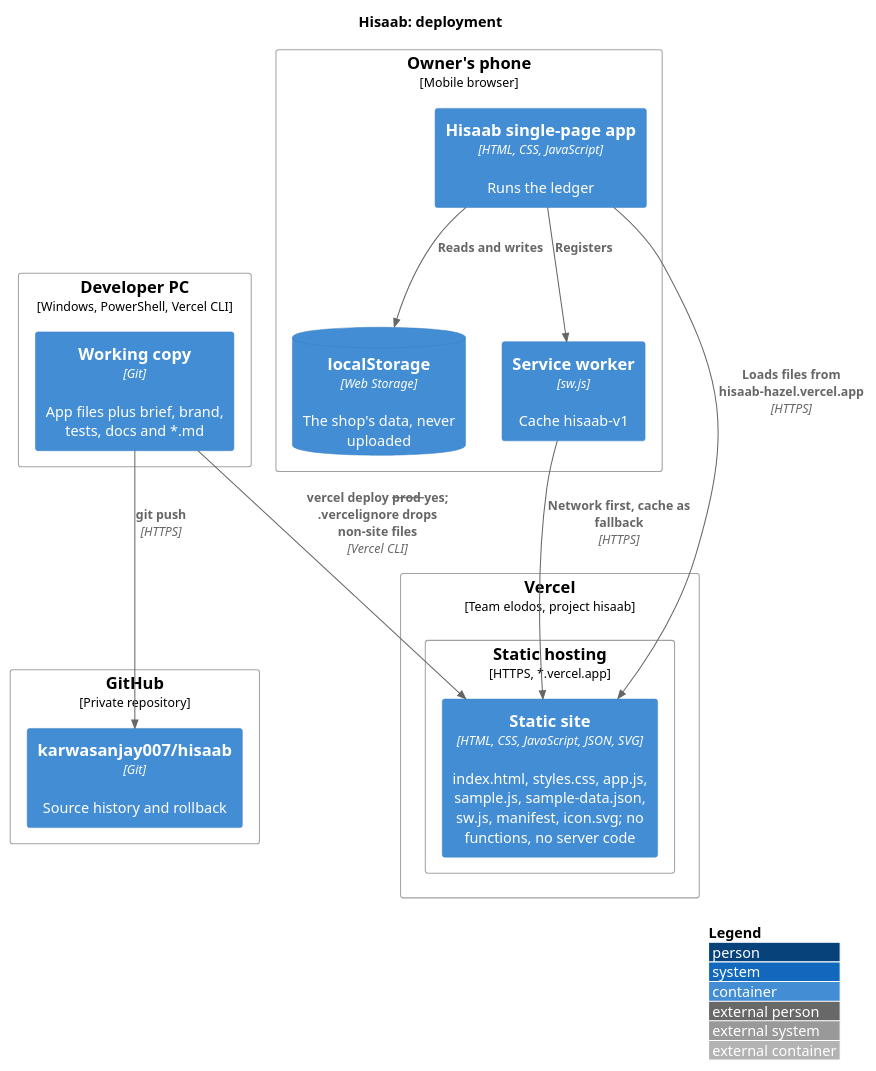
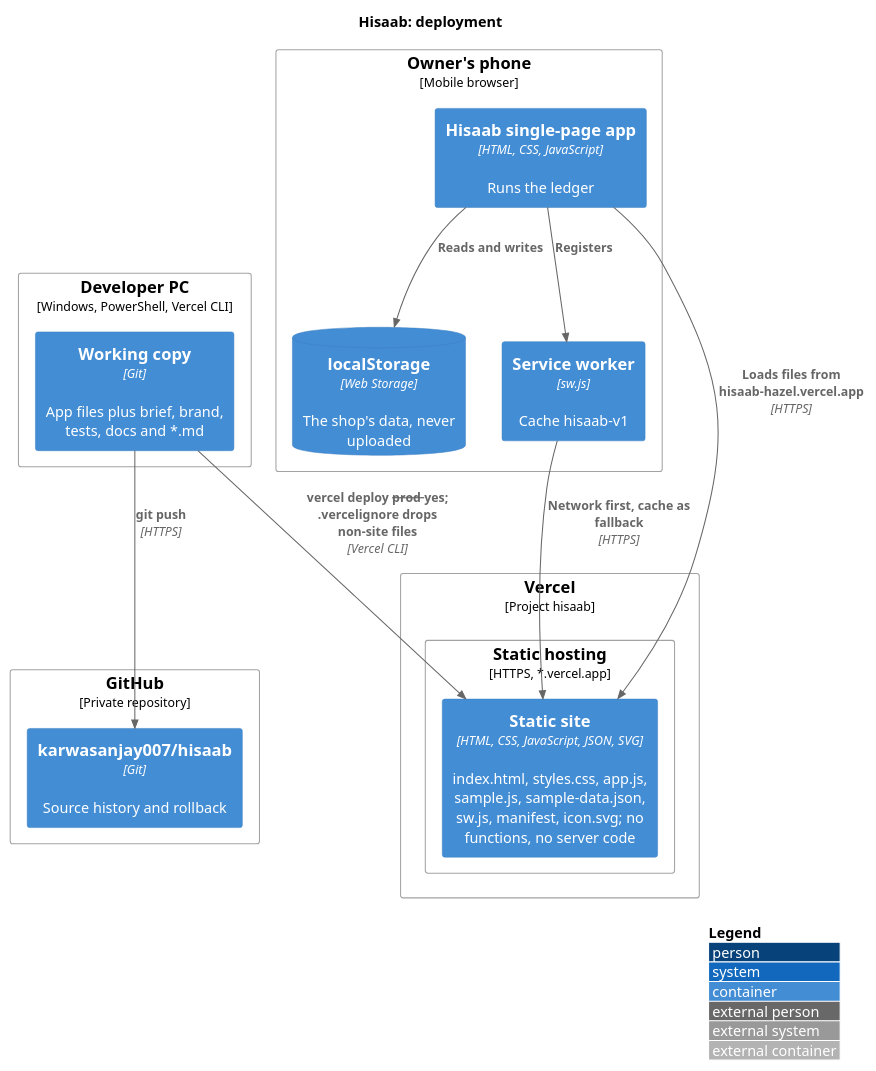
Before and after one commit to karwasanjay007/hisaab-docs: the diagram in docs/diagrams/deployment.puml, drawn with PlantUML. The commit also changed 10 other files, not shown here.

```diff
--- a/docs/diagrams/deployment.puml
+++ b/docs/diagrams/deployment.puml
@@ -1,30 +1,30 @@
 @startuml deployment
 !include <C4/C4_Deployment>
 title Hisaab: deployment
 
 Deployment_Node(dev, "Developer PC", "Windows, PowerShell, Vercel CLI") {
   Container(src, "Working copy", "Git", "App files plus brief, brand, tests, docs and *.md")
 }
 Deployment_Node(gh, "GitHub", "Private repository") {
   Container(repo, "karwasanjay007/hisaab", "Git", "Source history and rollback")
 }
-Deployment_Node(vc, "Vercel", "Team elodos, project hisaab") {
+Deployment_Node(vc, "Vercel", "Project hisaab") {
   Deployment_Node(edge, "Static hosting", "HTTPS, *.vercel.app") {
     Container(site, "Static site", "HTML, CSS, JavaScript, JSON, SVG", "index.html, styles.css, app.js, sample.js, sample-data.json, sw.js, manifest, icon.svg; no functions, no server code")
   }
 }
 Deployment_Node(phone, "Owner's phone", "Mobile browser") {
   Container(app, "Hisaab single-page app", "HTML, CSS, JavaScript", "Runs the ledger")
   ContainerDb(store, "localStorage", "Web Storage", "The shop's data, never uploaded")
   Container(swk, "Service worker", "sw.js", "Cache hisaab-v1")
 }
 
 Rel(src, repo, "git push", "HTTPS")
 Rel(src, site, "vercel deploy --prod --yes; .vercelignore drops non-site files", "Vercel CLI")
 Rel(app, site, "Loads files from hisaab-hazel.vercel.app", "HTTPS")
 Rel(app, store, "Reads and writes")
 Rel(app, swk, "Registers")
 Rel(swk, site, "Network first, cache as fallback", "HTTPS")
 
 LAYOUT_WITH_LEGEND()
 @enduml
```
